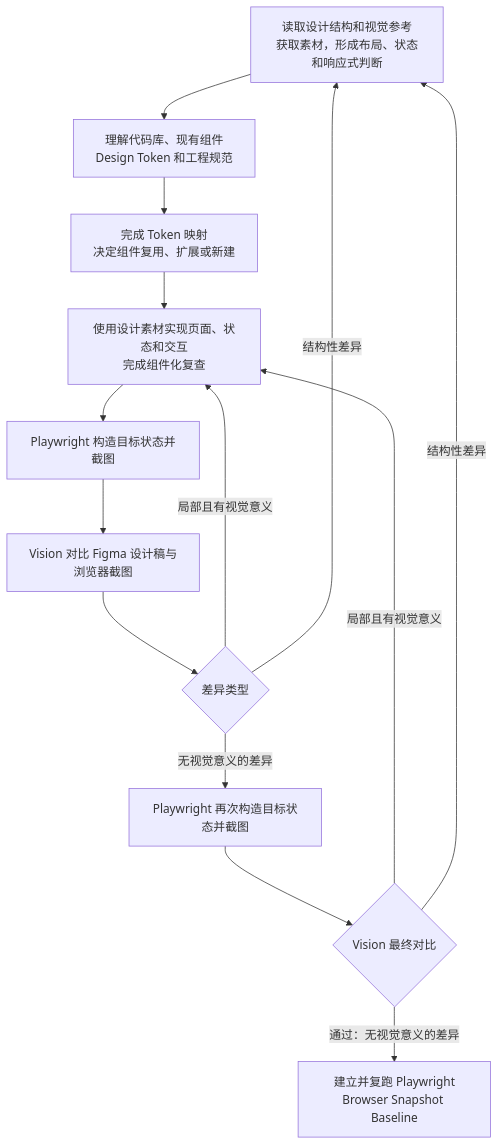
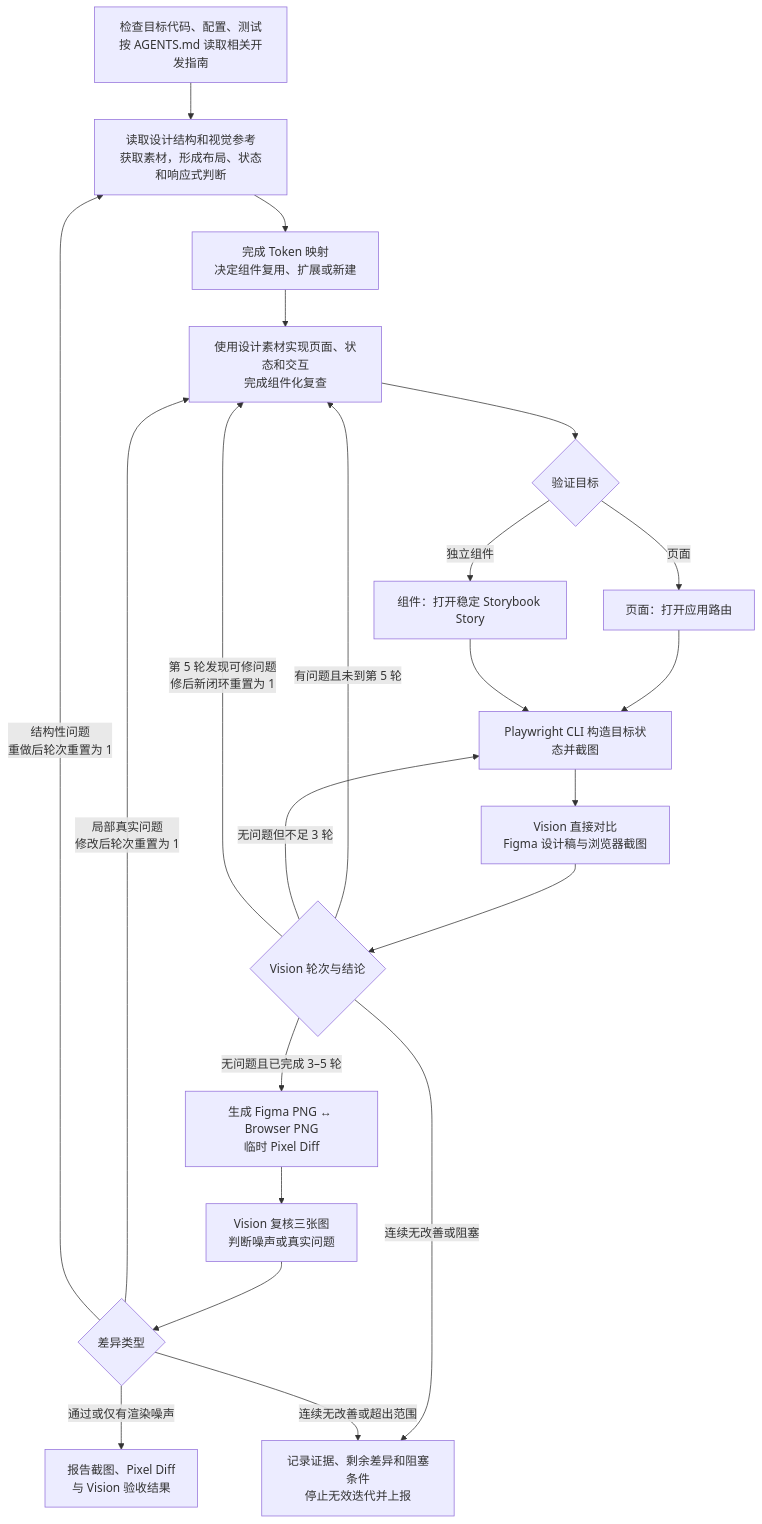
One commit to whatwg6/planet-h5-next-v2 changed the diagram in .agents/skills/planet-figma-to-code/SKILL.md. Above: the diagram before and after it, drawn with Mermaid. The commit also changed other lines of this file and 1 other file, not shown here.

First line of the commit message:
Refine Planet Figma-to-code workflow and validation guidance (#17)

````diff
--- a/.agents/skills/planet-figma-to-code/SKILL.md
+++ b/.agents/skills/planet-figma-to-code/SKILL.md
@@ -44,21 +44,32 @@
 ```mermaid
 flowchart TD
+  R["检查目标代码、配置、测试<br/>按 AGENTS.md 读取相关开发指南"]
   A["读取设计结构和视觉参考<br/>获取素材，形成布局、状态和响应式判断"]
-  B["理解代码库、现有组件<br/>Design Token 和工程规范"]
   C["完成 Token 映射<br/>决定组件复用、扩展或新建"]
   D["使用设计素材实现页面、状态和交互<br/>完成组件化复查"]
-  E["Playwright 构造目标状态并截图"]
-  F["Vision 对比 Figma 设计稿与浏览器截图"]
+  V{"验证目标"}
+  P["页面：打开应用路由"]
+  S["组件：打开稳定 Storybook Story"]
+  E["Playwright CLI 构造目标状态并截图"]
+  F["Vision 直接对比<br/>Figma 设计稿与浏览器截图"]
+  T{"Vision 轮次与结论"}
+  H["生成 Figma PNG ↔ Browser PNG<br/>临时 Pixel Diff"]
+  I["Vision 复核三张图<br/>判断噪声或真实问题"]
   G{"差异类型"}
-  H["Playwright 再次构造目标状态并截图"]
-  I{"Vision 最终对比"}
-  J["建立并复跑 Playwright<br/>Browser Snapshot Baseline"]
+  K["报告截图、Pixel Diff<br/>与 Vision 验收结果"]
+  X["记录证据、剩余差异和阻塞条件<br/>停止无效迭代并上报"]
 
-  A --> B --> C --> D --> E --> F --> G
-  G -- "局部且有视觉意义" --> D
-  G -- "结构性差异" --> A
-  G -- "无视觉意义的差异" --> H --> I
-  I -- "局部且有视觉意义" --> D
-  I -- "结构性差异" --> A
-  I -- "通过：无视觉意义的差异" --> J
+  R --> A --> C --> D --> V
+  V -- "页面" --> P --> E
+  V -- "独立组件" --> S --> E
+  E --> F --> T
+  T -- "有问题且未到第 5 轮" --> D
+  T -- "无问题但不足 3 轮" --> E
+  T -- "无问题且已完成 3–5 轮" --> H --> I --> G
+  T -- "第 5 轮发现可修问题<br/>修后新闭环重置为 1" --> D
+  T -- "连续无改善或阻塞" --> X
+  G -- "局部真实问题<br/>修改后轮次重置为 1" --> D
+  G -- "结构性问题<br/>重做后轮次重置为 1" --> A
+  G -- "通过或仅有渲染噪声" --> K
+  G -- "连续无改善或超出范围" --> X
 ```
````
